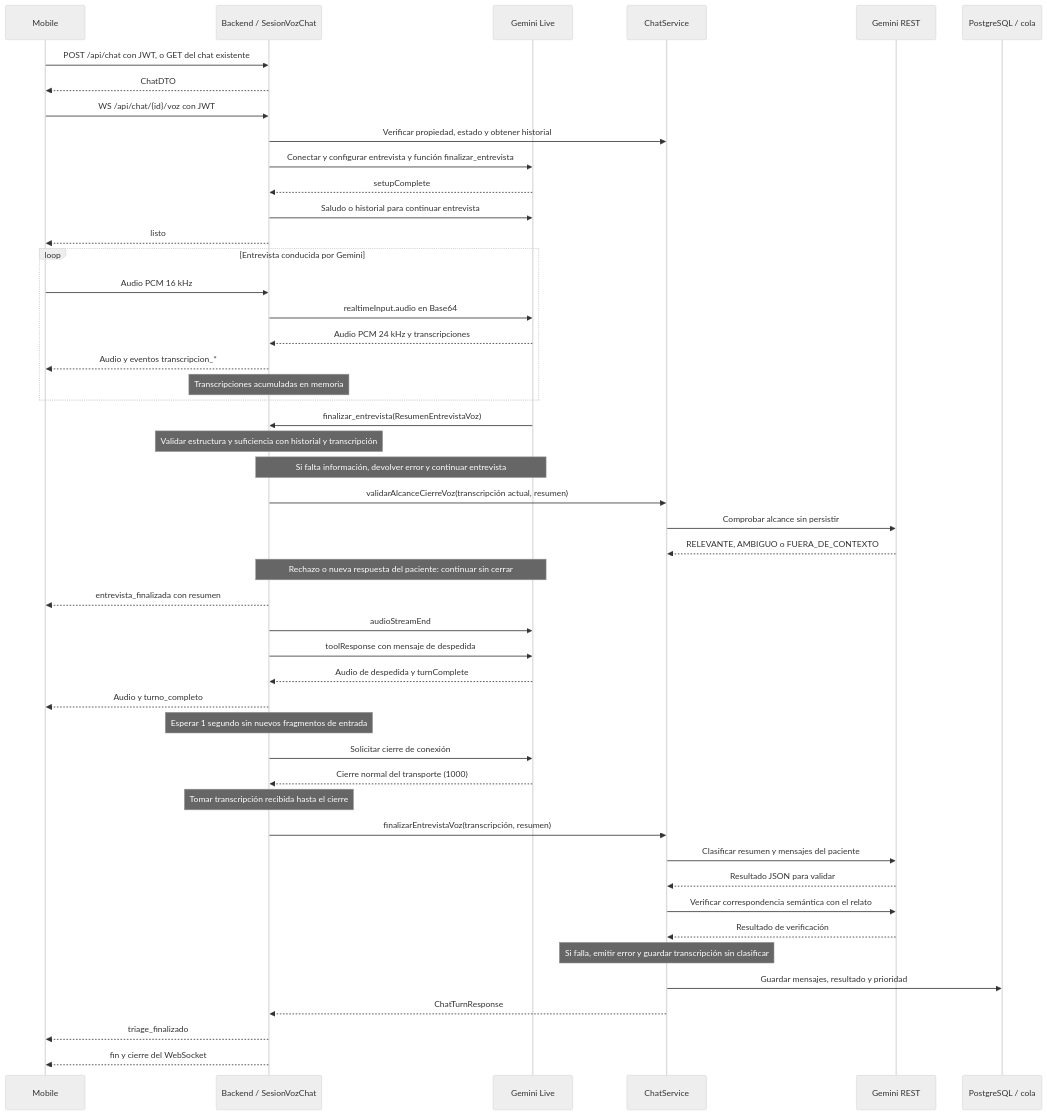
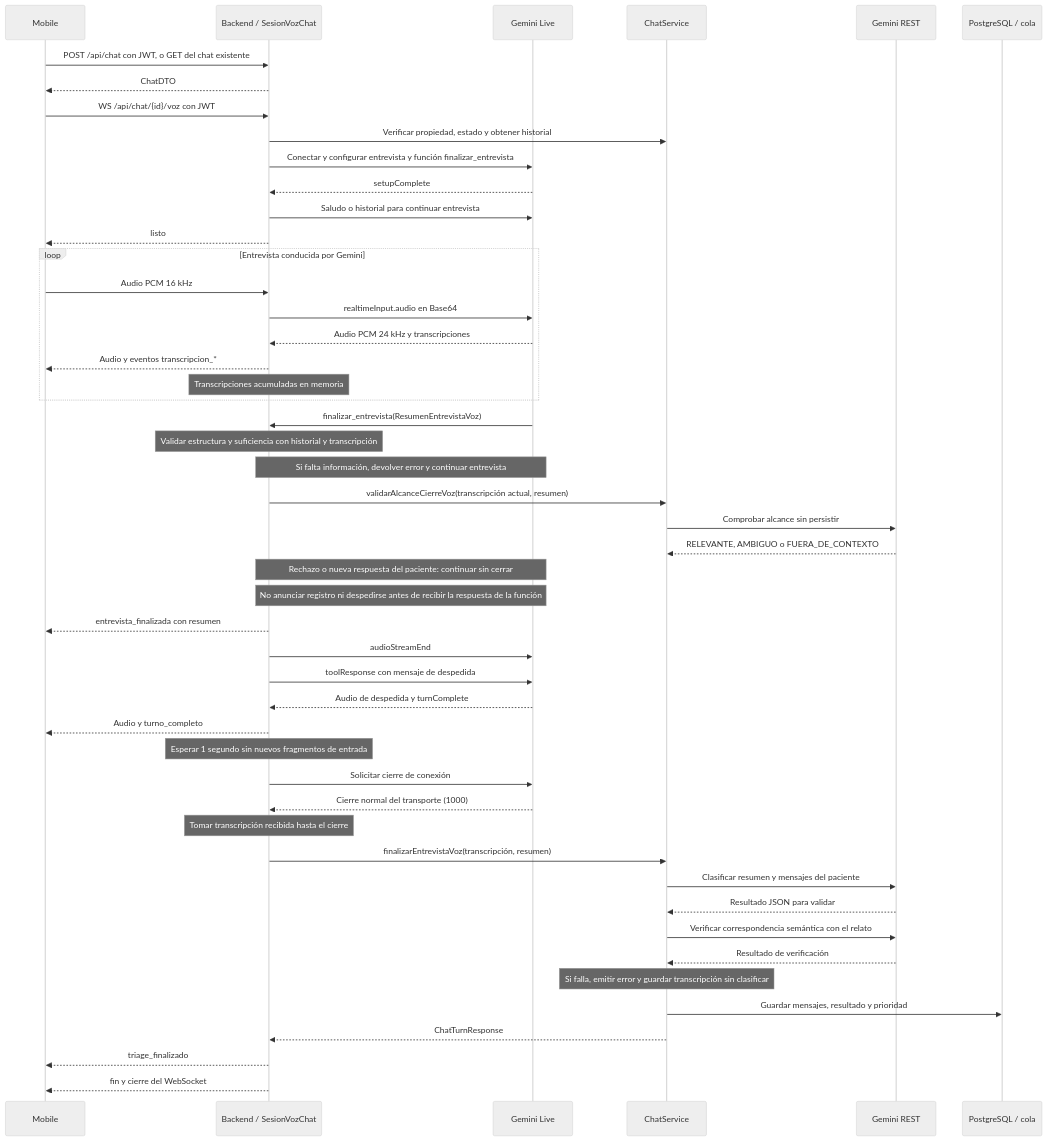
Before and after one commit to MatiasCanevaro/pretriage_backend: the diagram in docs/14-chat-voz-gemini-live.md, drawn with Mermaid (neutral theme). The commit also changed other lines of this file and 16 other files, not shown here.

````diff
--- a/docs/14-chat-voz-gemini-live.md
+++ b/docs/14-chat-voz-gemini-live.md
@@ -65,51 +74,52 @@
 ```mermaid
 sequenceDiagram
     participant M as Mobile
     participant B as Backend / SesionVozChat
     participant G as Gemini Live
     participant C as ChatService
     participant O as Gemini REST
     participant D as PostgreSQL / cola
 
     M->>B: POST /api/chat con JWT, o GET del chat existente
     B-->>M: ChatDTO
     M->>B: WS /api/chat/{id}/voz con JWT
     B->>C: Verificar propiedad, estado y obtener historial
     B->>G: Conectar y configurar entrevista y función finalizar_entrevista
     G-->>B: setupComplete
     B->>G: Saludo o historial para continuar entrevista
     B-->>M: listo
     loop Entrevista conducida por Gemini
         M->>B: Audio PCM 16 kHz
         B->>G: realtimeInput.audio en Base64
         G-->>B: Audio PCM 24 kHz y transcripciones
         B-->>M: Audio y eventos transcripcion_*
         Note over B: Transcripciones acumuladas en memoria
     end
     G->>B: finalizar_entrevista(ResumenEntrevistaVoz)
     Note over B: Validar estructura y suficiencia con historial y transcripción
     Note over B,G: Si falta información, devolver error y continuar entrevista
     B->>C: validarAlcanceCierreVoz(transcripción actual, resumen)
     C->>O: Comprobar alcance sin persistir
     O-->>C: RELEVANTE, AMBIGUO o FUERA_DE_CONTEXTO
     Note over B,G: Rechazo o nueva respuesta del paciente: continuar sin cerrar
+    Note over B,G: No anunciar registro ni despedirse antes de recibir la respuesta de la función
     B-->>M: entrevista_finalizada con resumen
     B->>G: audioStreamEnd
     B->>G: toolResponse con mensaje de despedida
     G-->>B: Audio de despedida y turnComplete
     B-->>M: Audio y turno_completo
     Note over B: Esperar 1 segundo sin nuevos fragmentos de entrada
     B->>G: Solicitar cierre de conexión
     G-->>B: Cierre normal del transporte (1000)
     Note over B: Tomar transcripción recibida hasta el cierre
     B->>C: finalizarEntrevistaVoz(transcripción, resumen)
     C->>O: Clasificar resumen y mensajes del paciente
     O-->>C: Resultado JSON para validar
     C->>O: Verificar correspondencia semántica con el relato
     O-->>C: Resultado de verificación
     Note over C: Si falla, emitir error y guardar transcripción sin clasificar
     C->>D: Guardar mensajes, resultado y prioridad
     C-->>B: ChatTurnResponse
     B-->>M: triage_finalizado
     B-->>M: fin y cierre del WebSocket
 ```
````
